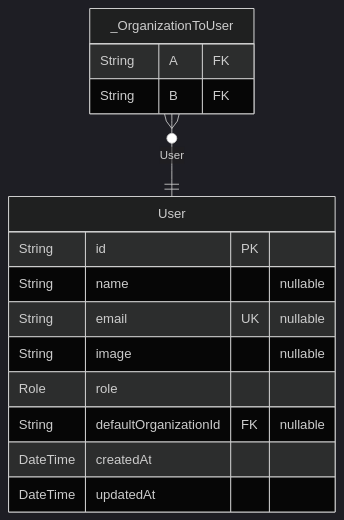
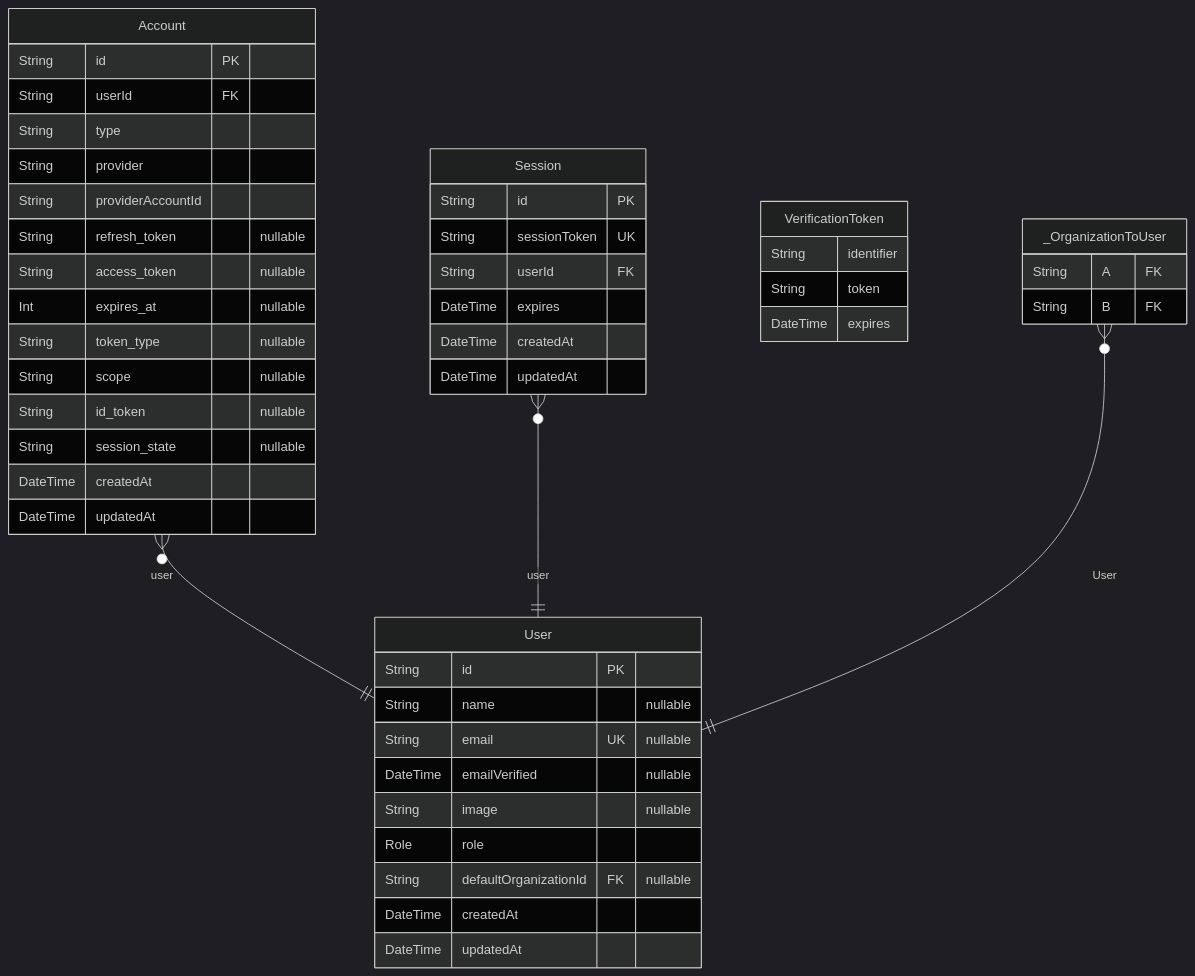
Before and after one commit to rayven122/tumiki: the second of 8 diagrams in packages/db/prisma/README.md, drawn with Mermaid (dark theme). The commit also changed other lines of this file and 49 other files, not shown here.

````diff
--- a/packages/db/prisma/README.md
+++ b/packages/db/prisma/README.md
@@ -51,18 +51,50 @@
 ```mermaid
 erDiagram
 "User" {
   String id PK
   String name "nullable"
   String email UK "nullable"
+  DateTime emailVerified "nullable"
   String image "nullable"
   Role role
   String defaultOrganizationId FK "nullable"
   DateTime createdAt
   DateTime updatedAt
 }
+"Account" {
+  String id PK
+  String userId FK
+  String type
+  String provider
+  String providerAccountId
+  String refresh_token "nullable"
+  String access_token "nullable"
+  Int expires_at "nullable"
+  String token_type "nullable"
+  String scope "nullable"
+  String id_token "nullable"
+  String session_state "nullable"
+  DateTime createdAt
+  DateTime updatedAt
+}
+"Session" {
+  String id PK
+  String sessionToken UK
+  String userId FK
+  DateTime expires
+  DateTime createdAt
+  DateTime updatedAt
+}
+"VerificationToken" {
+  String identifier
+  String token
+  DateTime expires
+}
 "_OrganizationToUser" {
   String A FK
   String B FK
 }
+"Account" }o--|| "User" : user
+"Session" }o--|| "User" : user
 "_OrganizationToUser" }o--|| "User" : User
 ```
````
